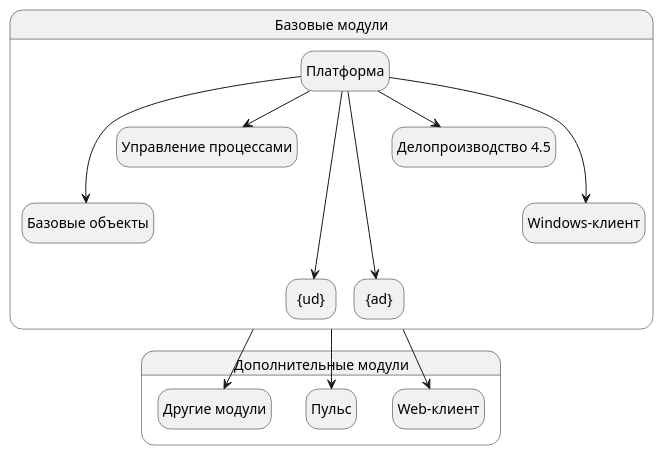
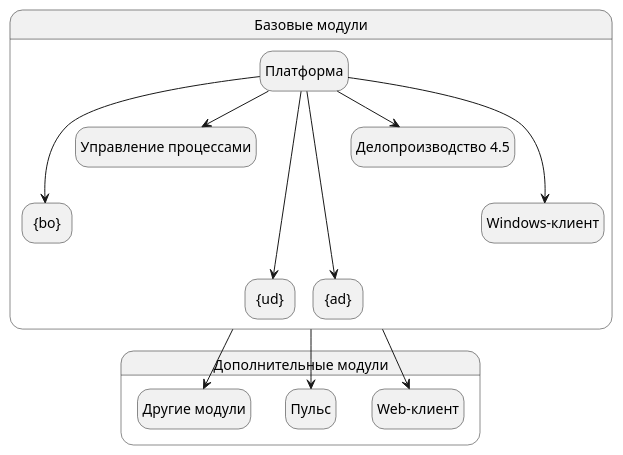
The diagram in modules/ROOT/pages/system-description.adoc (Docsvision/antora-install-guide), drawn with PlantUML before and after one commit. The commit also changed other lines of this file and 2 other files, not shown here.

```diff
--- a/modules/ROOT/pages/system-description.adoc
+++ b/modules/ROOT/pages/system-description.adoc
@@ -29,41 +29,41 @@
 [plantuml, svg]
 ....
 @startuml
 hide empty description
 '!pragma layout elk
 skinparam rectangleBorderThickness 1
 skinparam defaultTextAlignment center
 skinparam lifelineStrategy solid
 skinparam monochrome true
 
 State "Базовые модули" as base {
 
 State "Платформа" as platform
-State "Базовые объекты" as baseobjects
+State "{bo}" as baseobjects
 State "Управление процессами" as workflow
 State "{ud}" as documentmanagement
 State "{ad}" as approvaldesigner
 State "Делопроизводство 4.5" as takeoffice
 State "Windows-клиент" as windowsclient
 }
 
 platform ---> baseobjects
 platform --> workflow
 platform --> takeoffice
 platform ---> windowsclient
 platform ----> documentmanagement
 platform ----> approvaldesigner
 
 State "Дополнительные модули" as additional {
 
 State "Web-клиент" as webclient
 State "Пульс" as pulse
 State "Другие модули" as other
 }
 
 base --> webclient
 base --> pulse
 base --> other
 
 @enduml
 ....
```
